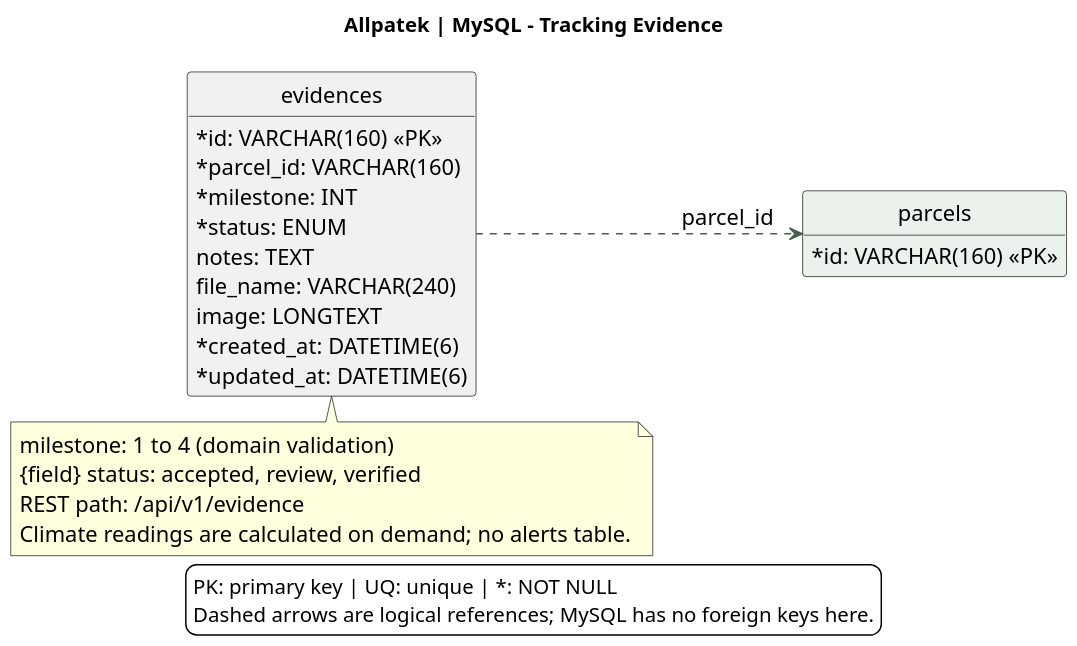
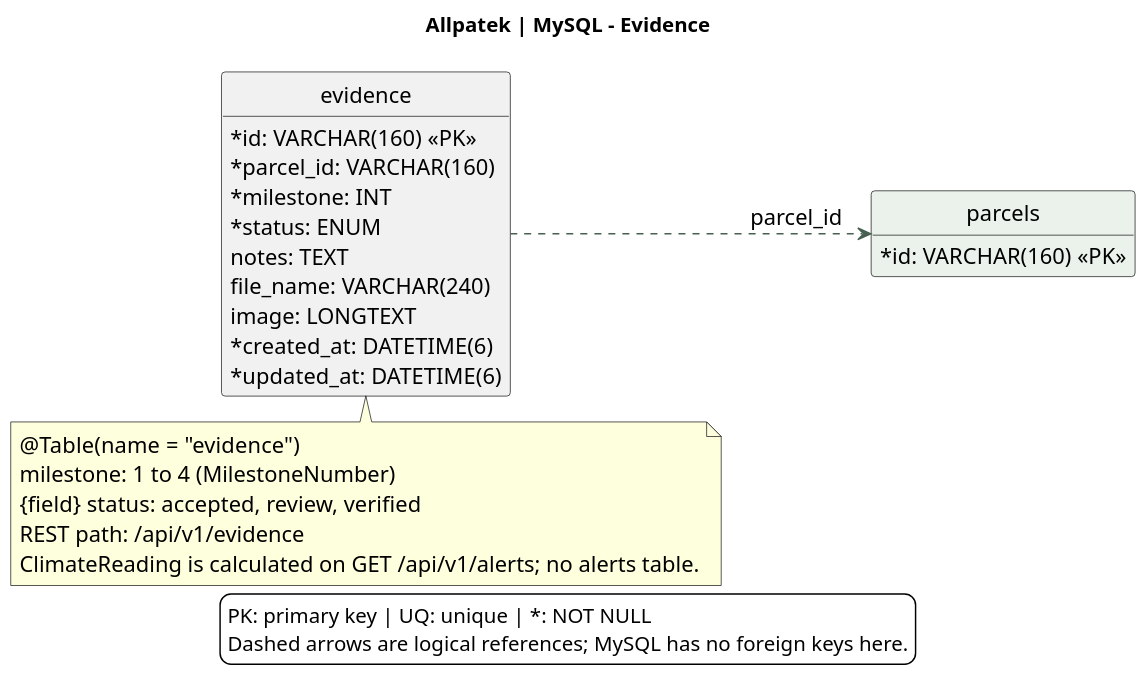
One commit to upc-pre-202620-1asi0729-7753-Terranova/allpatek-report changed the diagram in assets/chapter-04/architecture/17-database-monitoring.puml. Above: the diagram before and after it, drawn with PlantUML. The commit also changed 2 other files, not shown here.

Commit message:
docs(architecture): rename MySQL evidence table to match JPA

```diff
--- a/assets/chapter-04/architecture/17-database-monitoring.puml
+++ b/assets/chapter-04/architecture/17-database-monitoring.puml
@@ -1,39 +1,40 @@
 @startuml
 !pragma layout smetana
 skinparam backgroundColor white
 skinparam defaultFontName SansSerif
 skinparam defaultFontSize 15
 skinparam shadowing false
 skinparam classAttributeIconSize 0
 skinparam ArrowColor #476050
 skinparam dpi 140
 hide methods
 hide circle
-title Allpatek | MySQL - Tracking Evidence
+title Allpatek | MySQL - Evidence
 left to right direction
-entity "evidences" as evidence {
+entity "evidence" as evidence {
   {field} * id: VARCHAR(160) <<PK>>
   {field} * parcel_id: VARCHAR(160)
   {field} * milestone: INT
   {field} * status: ENUM
   {field} notes: TEXT
   {field} file_name: VARCHAR(240)
   {field} image: LONGTEXT
   {field} * created_at: DATETIME(6)
   {field} * updated_at: DATETIME(6)
 }
 entity "parcels" as parcel #EAF2EB {
   {field} * id: VARCHAR(160) <<PK>>
 }
 evidence ..> parcel : parcel_id
 note bottom of evidence
-  milestone: 1 to 4 (domain validation)
+  @Table(name = "evidence")
+  milestone: 1 to 4 (MilestoneNumber)
   {field} status: accepted, review, verified
   REST path: /api/v1/evidence
-  Climate readings are calculated on demand; no alerts table.
+  ClimateReading is calculated on GET /api/v1/alerts; no alerts table.
 end note
 legend bottom
 PK: primary key | UQ: unique | *: NOT NULL
 Dashed arrows are logical references; MySQL has no foreign keys here.
 endlegend
 @enduml
```
